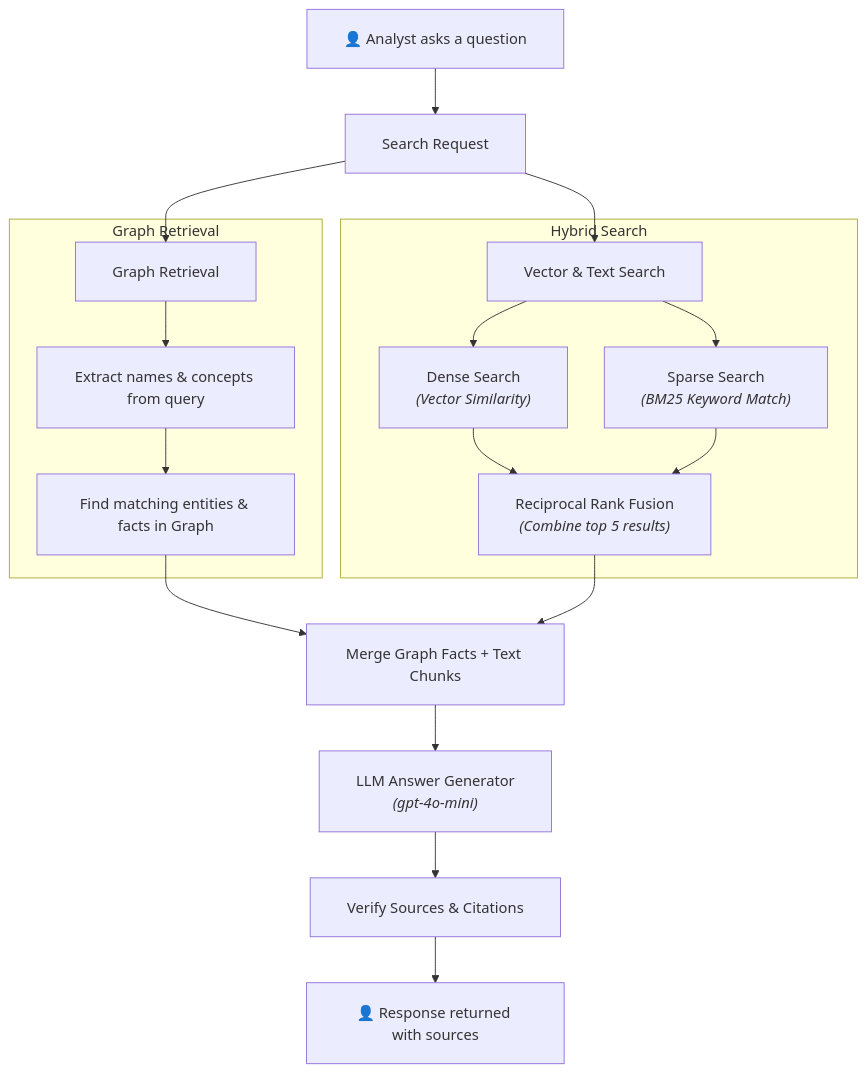
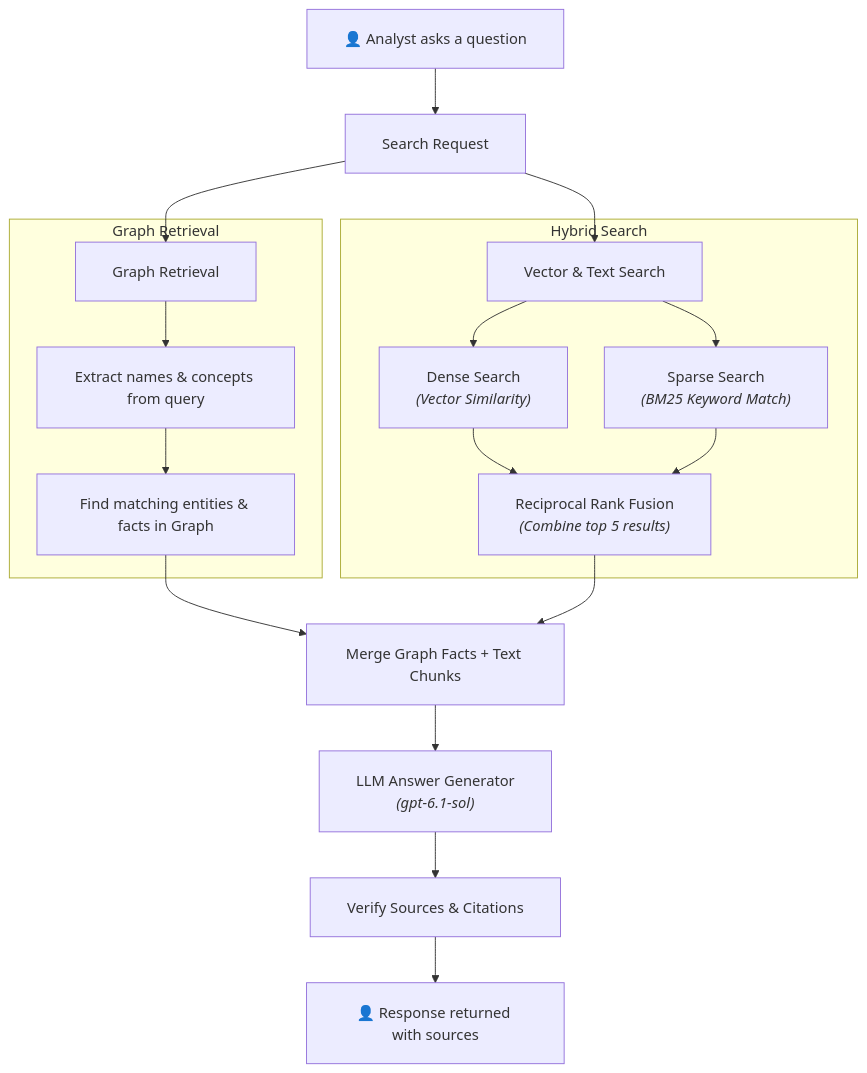
Before and after one commit to NickRumenov1/next-insights-rag: the second of 2 diagrams in README.md, drawn with Mermaid. The commit also changed other lines of this file and 7 other files, not shown here.

````diff
--- a/README.md
+++ b/README.md
@@ -69,27 +69,27 @@
 ```mermaid
 %%{init: {"themeVariables": {"fontSize": "16"}, "flowchart": {"padding": 20, "nodeSpacing": 40, "rankSpacing": 50}}}%%
 flowchart TD
     User["👤 Analyst asks a question"] --> API["Search Request"]
 
     API --> GraphSearch["Graph Retrieval"]
     API --> HybridSearch["Vector & Text Search"]
 
     subgraph Graph Retrieval
         GraphSearch --> ExtractEntities["Extract names & concepts from query"]
         ExtractEntities --> MatchGraph["Find matching entities & facts in Graph"]
     end
 
     subgraph Hybrid Search
         HybridSearch --> Semantic["Dense Search<br/><i>(Vector Similarity)</i>"]
         HybridSearch --> Keyword["Sparse Search<br/><i>(BM25 Keyword Match)</i>"]
         Semantic --> Combine["Reciprocal Rank Fusion<br/><i>(Combine top 5 results)</i>"]
         Keyword --> Combine
     end
 
     MatchGraph --> Merge["Merge Graph Facts + Text Chunks"]
     Combine --> Merge
 
-    Merge --> LLM["LLM Answer Generator<br/><i>(gpt-4o-mini)</i>"]
+    Merge --> LLM["LLM Answer Generator<br/><i>(gpt-6.1-sol)</i>"]
     LLM --> Verify["Verify Sources & Citations"]
     Verify --> Answer["👤 Response returned with sources"]
 ```
````
